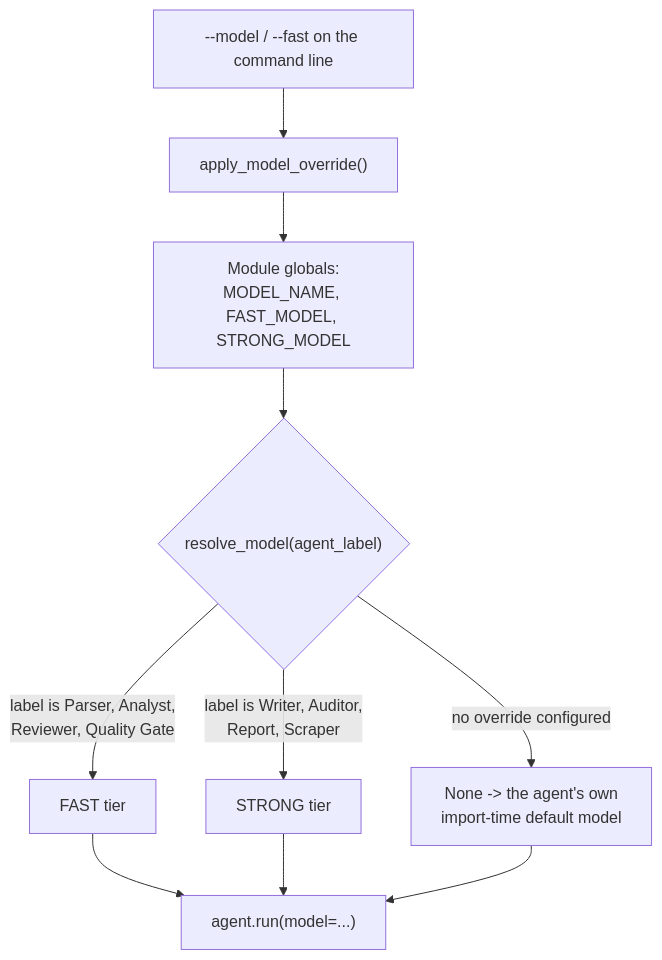
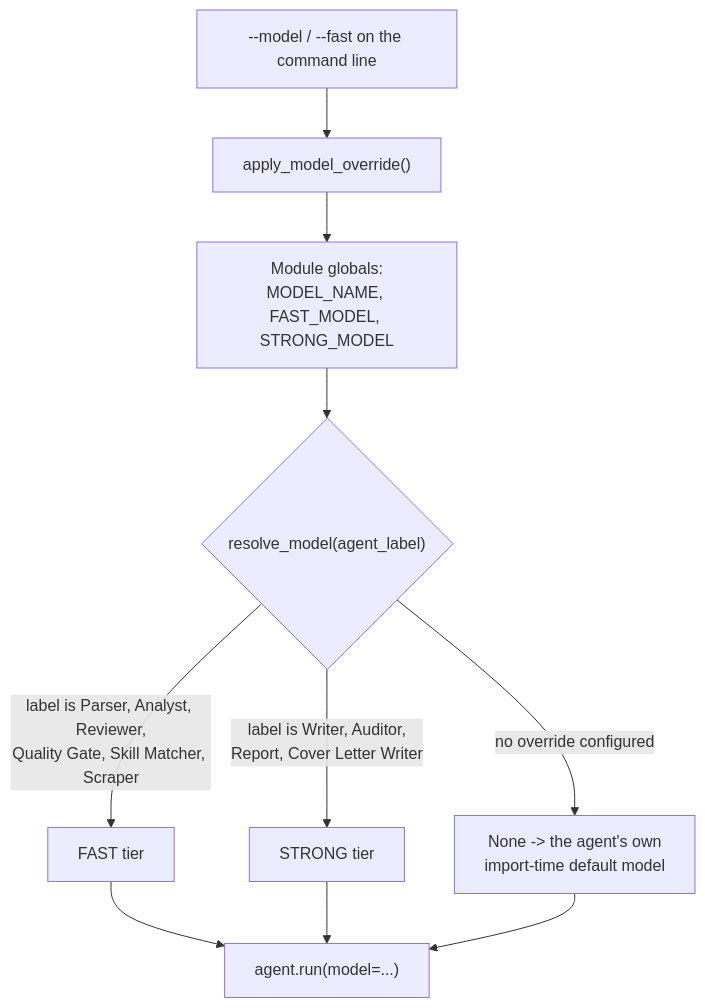
One commit to Tiqni/sira changed the diagram in docs/models.md. Above: the diagram before and after it, drawn with Mermaid. The commit also changed other lines of this file and 12 other files, not shown here.

````diff
--- a/docs/models.md
+++ b/docs/models.md
@@ -43,12 +43,12 @@
 ```mermaid
 flowchart TD
     CLI["--model / --fast on the command line"] --> AMO["apply_model_override()"]
     AMO --> G["Module globals:<br/>MODEL_NAME, FAST_MODEL, STRONG_MODEL"]
     G --> RM{"resolve_model(agent_label)"}
-    RM -->|"label is Parser, Analyst,<br/>Reviewer, Quality Gate"| FAST["FAST tier"]
-    RM -->|"label is Writer, Auditor,<br/>Report, Scraper"| STRONG["STRONG tier"]
+    RM -->|"label is Parser, Analyst, Reviewer,<br/>Quality Gate, Skill Matcher, Scraper"| FAST["FAST tier"]
+    RM -->|"label is Writer, Auditor,<br/>Report, Cover Letter Writer"| STRONG["STRONG tier"]
     RM -->|"no override configured"| DEF["None -> the agent's own<br/>import-time default model"]
     FAST --> RUN["agent.run(model=...)"]
     STRONG --> RUN
     DEF --> RUN
 ```
````
